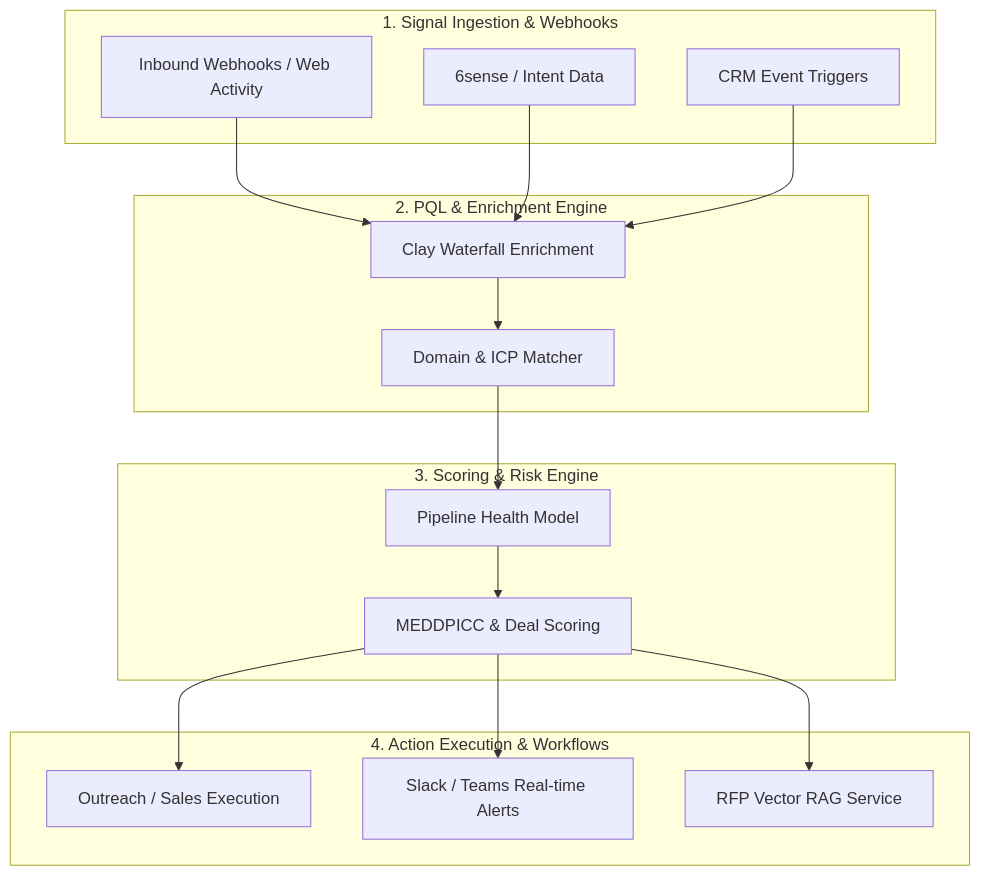
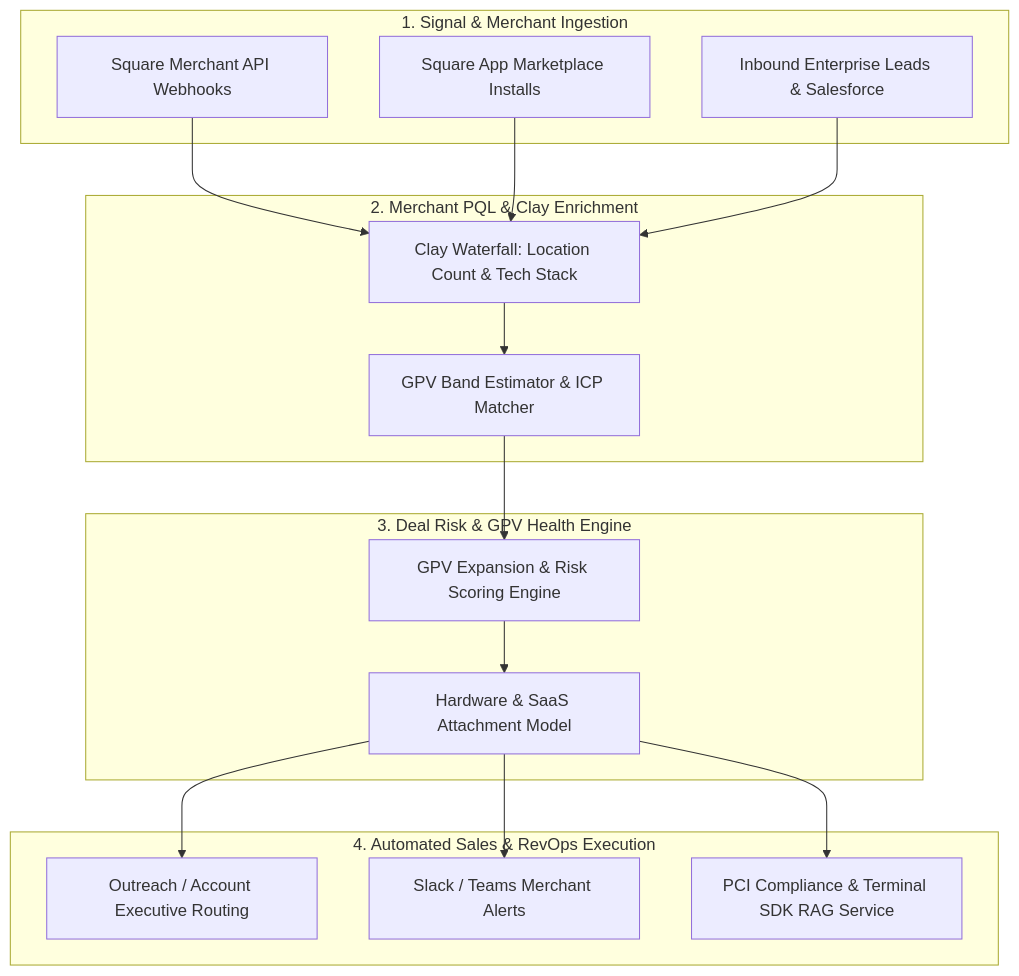
One commit to peytonbackus-spec/square-gtm-toolkit changed the diagram in README.md. Above: the diagram before and after it, drawn with Mermaid. The commit also changed other lines of this file, not shown here.

Commit message:
feat: customize README for Square GTM architecture and GPV scoring

````diff
--- a/README.md
+++ b/README.md
@@ -12,34 +9,34 @@
 ```mermaid
 flowchart TD
-    subgraph Ingestion ["1. Signal Ingestion & Webhooks"]
-        A[Inbound Webhooks / Web Activity]
-        B[6sense / Intent Data]
-        C[CRM Event Triggers]
+    subgraph Ingestion ["1. Signal & Merchant Ingestion"]
+        A[Square Merchant API Webhooks]
+        B[Square App Marketplace Installs]
+        C[Inbound Enterprise Leads & Salesforce]
     end
 
-    subgraph Enrichment ["2. PQL & Enrichment Engine"]
-        D[Clay Waterfall Enrichment]
-        E[Domain & ICP Matcher]
+    subgraph Enrichment ["2. Merchant PQL & Clay Enrichment"]
+        D[Clay Waterfall: Location Count & Tech Stack]
+        E[GPV Band Estimator & ICP Matcher]
     end
 
-    subgraph Scoring ["3. Scoring & Risk Engine"]
-        F[Pipeline Health Model]
-        G[MEDDPICC & Deal Scoring]
+    subgraph Scoring ["3. Deal Risk & GPV Health Engine"]
+        F[GPV Expansion & Risk Scoring Engine]
+        G[Hardware & SaaS Attachment Model]
     end
 
-    subgraph Action ["4. Action Execution & Workflows"]
-        H[Outreach / Sales Execution]
-        I[Slack / Teams Real-time Alerts]
-        J[RFP Vector RAG Service]
+    subgraph Action ["4. Automated Sales & RevOps Execution"]
+        H[Outreach / Account Executive Routing]
+        I[Slack / Teams Merchant Alerts]
+        J[PCI Compliance & Terminal SDK RAG Service]
     end
 
     A --> D
     B --> D
     C --> D
     D --> E
     E --> F
     F --> G
     G --> H
     G --> I
     G --> J
 ```
````
